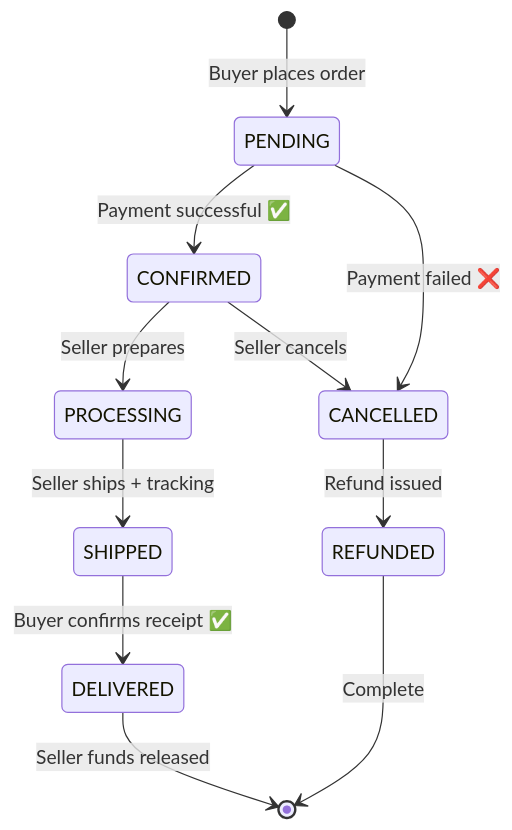
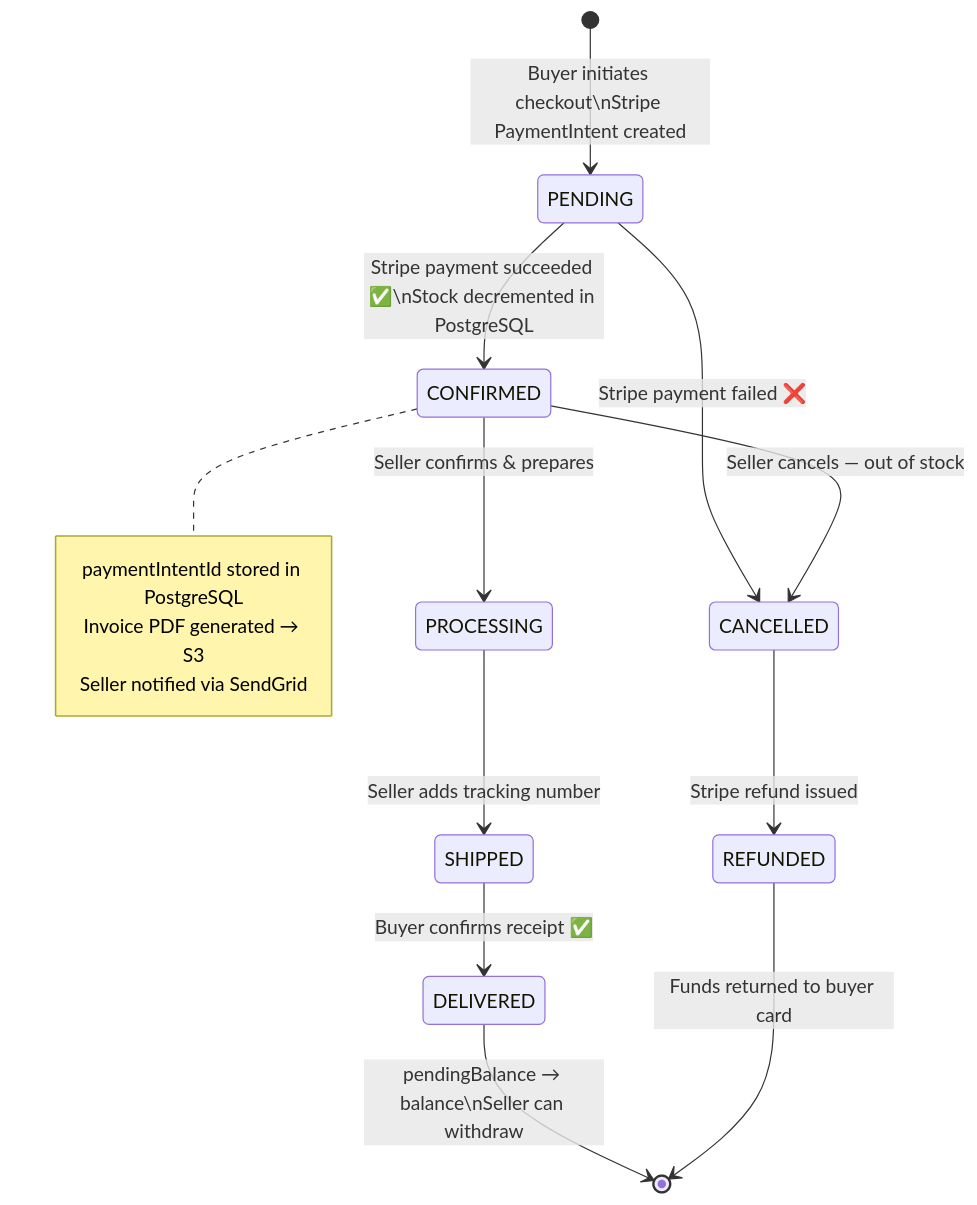
The fourth of 10 diagrams in diagrams/03_state_machine_diagram.md (tayeb736/prohect12), drawn with Mermaid before and after one commit. The commit also changed other lines of this file and 7 other files, not shown here.

Commit message:
docs: update all UML diagrams — add PostgreSQL, Redis, S3, Stripe, SendGrid, KYC, Swagger per readme2 & README3

````diff
--- a/diagrams/03_state_machine_diagram.md
+++ b/diagrams/03_state_machine_diagram.md
@@ -56,14 +79,19 @@
 ```mermaid
 stateDiagram-v2
   direction TB
-  [*] --> PENDING : Buyer places order
-  PENDING --> CONFIRMED : Payment successful ✅
-  PENDING --> CANCELLED : Payment failed ❌
-  CONFIRMED --> PROCESSING : Seller prepares
-  CONFIRMED --> CANCELLED : Seller cancels
-  PROCESSING --> SHIPPED : Seller ships + tracking
+  [*] --> PENDING : Buyer initiates checkout\nStripe PaymentIntent created
+  PENDING --> CONFIRMED : Stripe payment succeeded ✅\nStock decremented in PostgreSQL
+  PENDING --> CANCELLED : Stripe payment failed ❌
+  CONFIRMED --> PROCESSING : Seller confirms & prepares
+  CONFIRMED --> CANCELLED : Seller cancels — out of stock
+  PROCESSING --> SHIPPED : Seller adds tracking number
   SHIPPED --> DELIVERED : Buyer confirms receipt ✅
-  DELIVERED --> [*] : Seller funds released
-  CANCELLED --> REFUNDED : Refund issued
-  REFUNDED --> [*] : Complete
+  DELIVERED --> [*] : pendingBalance → balance\nSeller can withdraw
+  CANCELLED --> REFUNDED : Stripe refund issued
+  REFUNDED --> [*] : Funds returned to buyer card
+  note right of CONFIRMED
+    paymentIntentId stored in PostgreSQL
+    Invoice PDF generated → S3
+    Seller notified via SendGrid
+  end note
 ```
````
